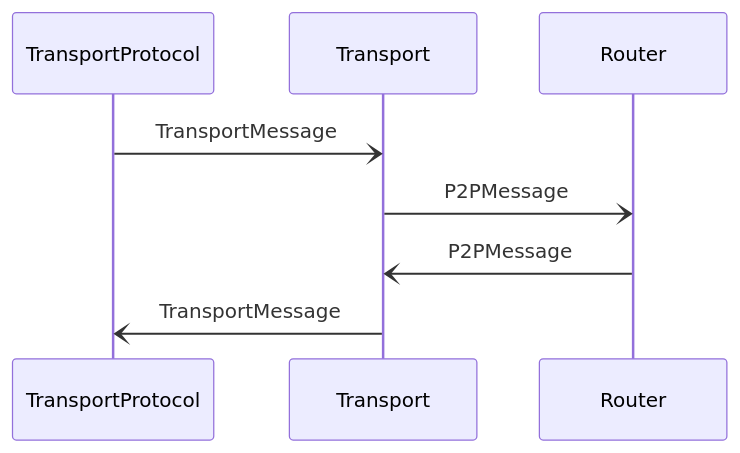
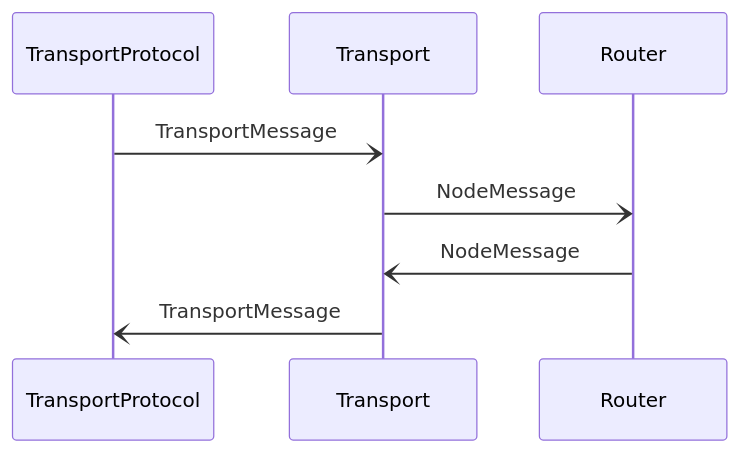
One commit to anoma/nspec changed the diagram in docs/architecture-2/networking/node/transport/messages/transport-message.md. Above: the diagram before and after it, drawn with Mermaid. The commit also changed other lines of this file and 10 other files, not shown here.

Commit message:
P2PMessage -> NodeMessage

````diff
--- a/docs/architecture-2/networking/node/transport/messages/transport-message.md
+++ b/docs/architecture-2/networking/node/transport/messages/transport-message.md
@@ -51,10 +51,10 @@
 ```mermaid
 sequenceDiagram
 
 %% --8<-- [start:sequence]
 TransportProtocol -) Transport: TransportMessage
-Transport -) Router: P2PMessage
-Router -) Transport: P2PMessage
+Transport -) Router: NodeMessage
+Router -) Transport: NodeMessage
 Transport -) TransportProtocol: TransportMessage
 %% --8<-- [end:sequence]
 ```
````
